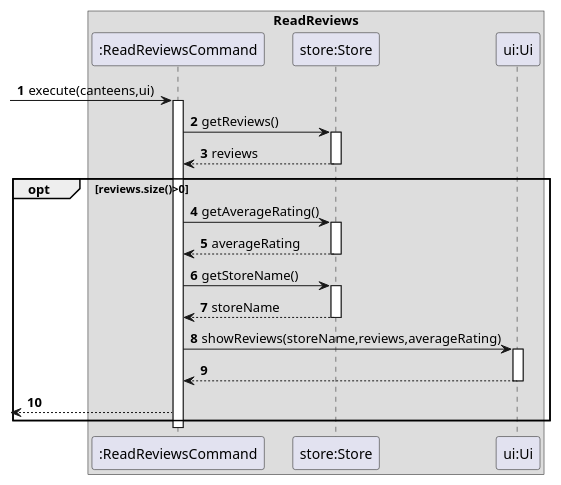
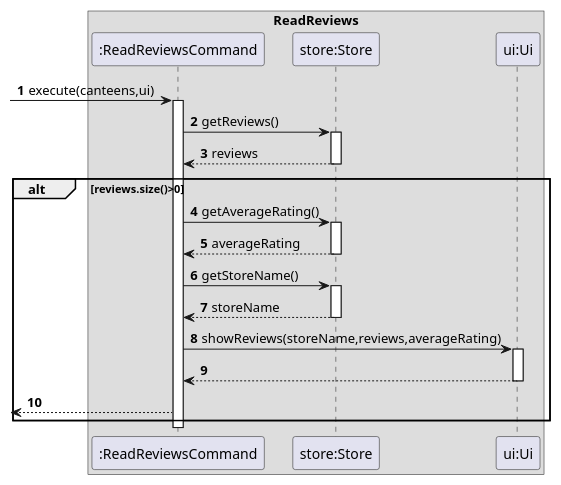
The diagram in docs/PlantUML/ReadReviews.puml (nagiteja/tp), drawn with PlantUML before and after one commit. The commit also changed 7 other files, not shown here.

Commit message:
update code and sequence diagram

```diff
--- a/docs/PlantUML/ReadReviews.puml
+++ b/docs/PlantUML/ReadReviews.puml
@@ -1,31 +1,31 @@
 @startuml
 'https://plantuml.com/sequence-diagram
 
 autonumber
 box ReadReviews
 
 
 ->":ReadReviewsCommand": execute(canteens,ui)
 activate ":ReadReviewsCommand"
 ":ReadReviewsCommand"->"store:Store":getReviews()
 activate "store:Store"
 "store:Store"-->":ReadReviewsCommand":reviews
 deactivate "store:Store"
-opt reviews.size()>0
+alt reviews.size()>0
     ":ReadReviewsCommand"->"store:Store":getAverageRating()
     activate "store:Store"
     "store:Store"-->":ReadReviewsCommand":averageRating
     deactivate "store:Store"
     ":ReadReviewsCommand"->"store:Store":getStoreName()
     activate "store:Store"
     return storeName
     deactivate "store:Store"
     ":ReadReviewsCommand"->"ui:Ui":showReviews(storeName,reviews,averageRating)
     activate "ui:Ui"
     "ui:Ui"-->":ReadReviewsCommand"
      deactivate "ui:Ui"
     <--":ReadReviewsCommand"
 end
 deactivate ":ReadReviewsCommand"
 
 @enduml
```
